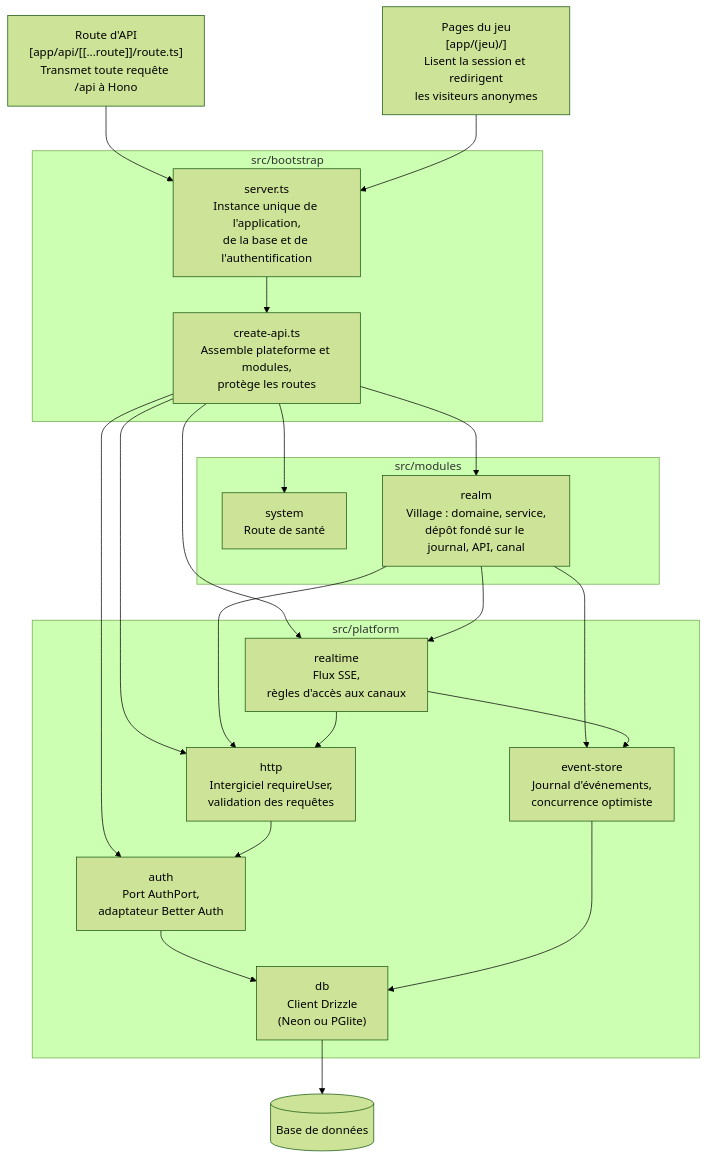
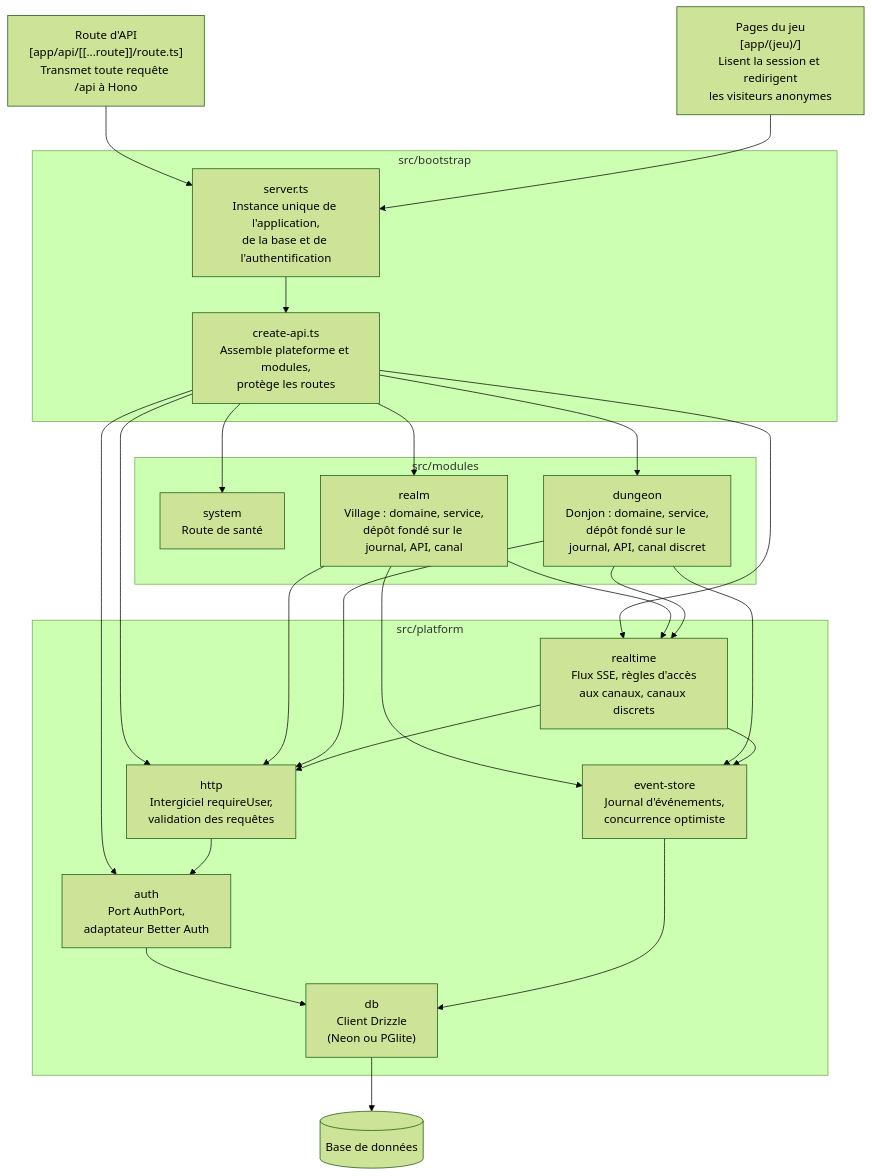
One commit to leon-morival/kingdom changed the third of 4 diagrams in docs/architecture.md. Above: the diagram before and after it, drawn with Mermaid (forest theme). The commit also changed other lines of this file and 4 other files, not shown here.

Commit message:
docs: record dungeon technical debt and update architecture

````diff
--- a/docs/architecture.md
+++ b/docs/architecture.md
@@ -50,31 +50,33 @@
 ```mermaid
 flowchart TB
   route["Route d'API<br/>[app/api/[[...route]]/route.ts]<br/>Transmet toute requête /api à Hono"]
   pages["Pages du jeu<br/>[app/(jeu)/]<br/>Lisent la session et redirigent<br/>les visiteurs anonymes"]
   subgraph bootstrap["src/bootstrap"]
     server["server.ts<br/>Instance unique de l'application,<br/>de la base et de l'authentification"]
     createapi["create-api.ts<br/>Assemble plateforme et modules,<br/>protège les routes"]
   end
   subgraph modules["src/modules"]
     system["system<br/>Route de santé"]
     realm["realm<br/>Village : domaine, service,<br/>dépôt fondé sur le journal, API, canal"]
+    dungeon["dungeon<br/>Donjon : domaine, service,<br/>dépôt fondé sur le journal, API, canal discret"]
   end
   subgraph platform["src/platform"]
     auth["auth<br/>Port AuthPort,<br/>adaptateur Better Auth"]
     http["http<br/>Intergiciel requireUser,<br/>validation des requêtes"]
-    realtime["realtime<br/>Flux SSE,<br/>règles d'accès aux canaux"]
+    realtime["realtime<br/>Flux SSE, règles d'accès<br/>aux canaux, canaux discrets"]
     store["event-store<br/>Journal d'événements,<br/>concurrence optimiste"]
     db["db<br/>Client Drizzle<br/>(Neon ou PGlite)"]
   end
   base[("Base de données")]
   route --> server
   pages --> server
   server --> createapi
-  createapi --> system & realm & auth & http & realtime
+  createapi --> system & realm & dungeon & auth & http & realtime
   realm --> store & realtime & http
+  dungeon --> store & realtime & http
   realtime --> store & http
   http --> auth
   auth --> db
   store --> db
   db --> base
 ```
````
